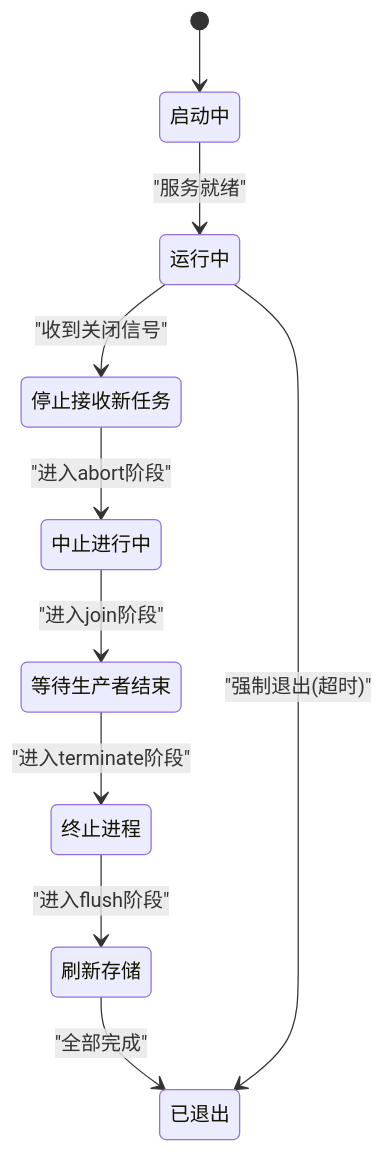
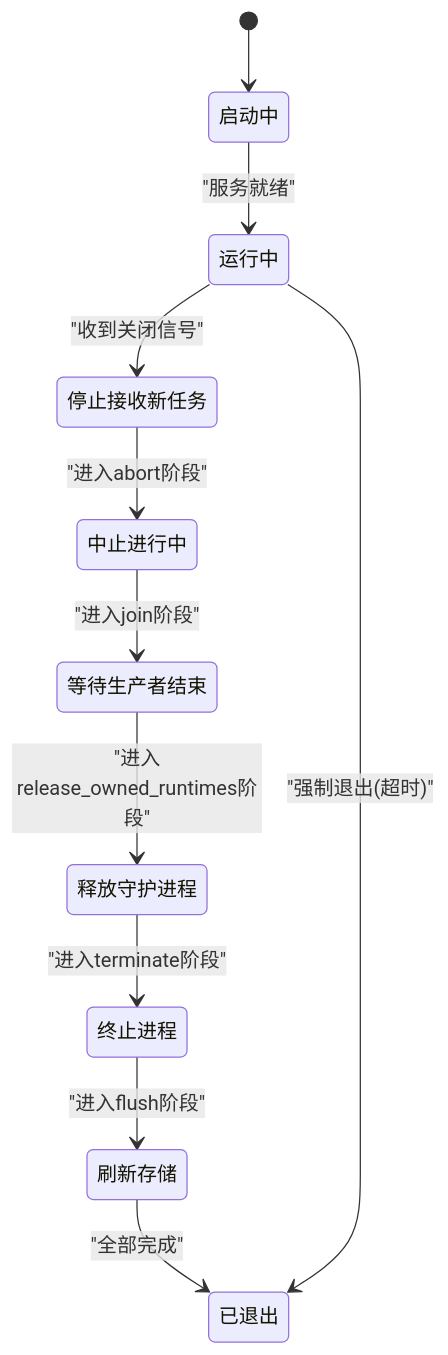
Before and after one commit to haolange/RDC-Agent: the seventh of 8 diagrams in .qoder/repowiki/zh/content/架构设计/主进程架构/生命周期管理.md, drawn with Mermaid. The commit also changed other lines of this file and 28 other files, not shown here.

````diff
--- a/.qoder/repowiki/zh/content/架构设计/主进程架构/生命周期管理.md
+++ b/.qoder/repowiki/zh/content/架构设计/主进程架构/生命周期管理.md
@@ -306,12 +370,13 @@
 ```mermaid
 stateDiagram-v2
 [*] --> 启动中
 启动中 --> 运行中 : "服务就绪"
 运行中 --> 停止接收新任务 : "收到关闭信号"
 停止接收新任务 --> 中止进行中 : "进入abort阶段"
 中止进行中 --> 等待生产者结束 : "进入join阶段"
-等待生产者结束 --> 终止进程 : "进入terminate阶段"
+等待生产者结束 --> 释放守护进程 : "进入release_owned_runtimes阶段"
+释放守护进程 --> 终止进程 : "进入terminate阶段"
 终止进程 --> 刷新存储 : "进入flush阶段"
 刷新存储 --> 已退出 : "全部完成"
 运行中 --> 已退出 : "强制退出(超时)"
 ```
````
